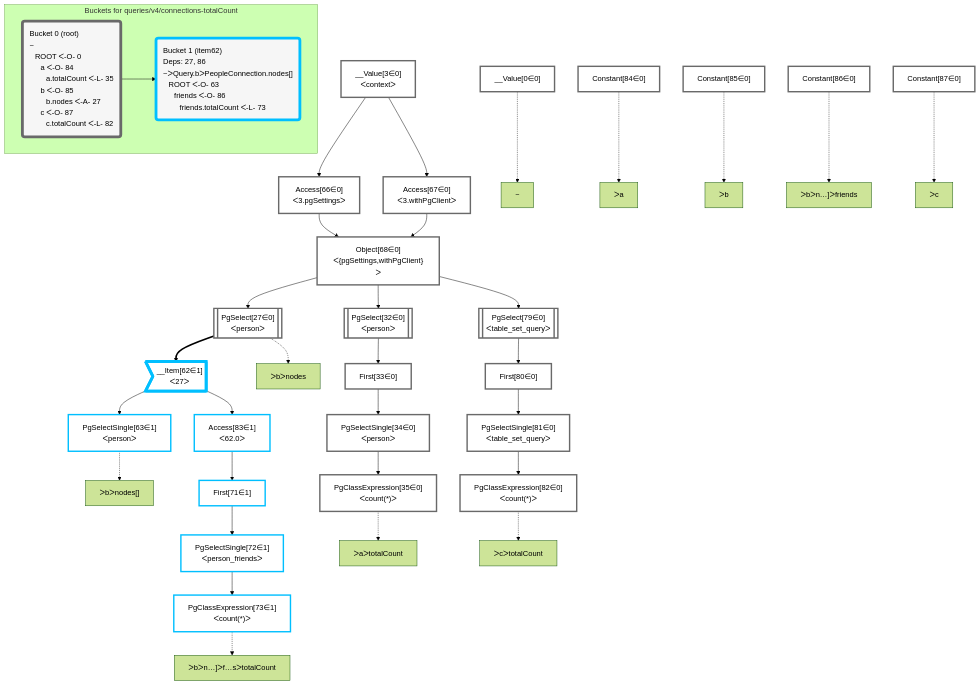
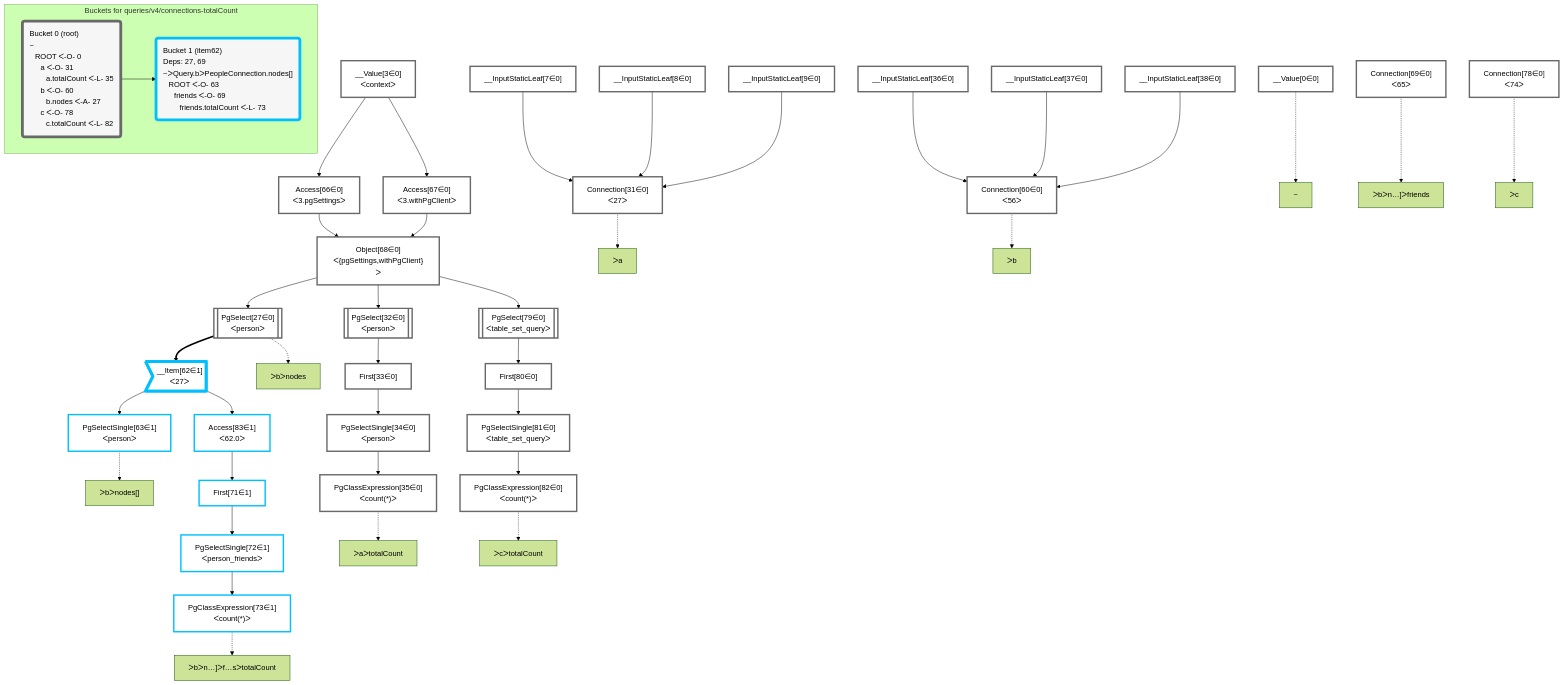
One commit to graphile/crystal changed the diagram in packages/postgraphile/__tests__/queries/v4/connections-totalCount.mermaid. Above: the diagram before and after it, drawn with Mermaid (forest theme). The commit also changed 2 other files, not shown here.

```diff
--- a/packages/postgraphile/__tests__/queries/v4/connections-totalCount.mermaid
+++ b/packages/postgraphile/__tests__/queries/v4/connections-totalCount.mermaid
@@ -1,85 +1,93 @@
 graph TD
     classDef path fill:#eee,stroke:#000,color:#000
     classDef plan fill:#fff,stroke-width:3px,color:#000
     classDef itemplan fill:#fff,stroke-width:6px,color:#000
     classDef sideeffectplan fill:#f00,stroke-width:6px,color:#000
     classDef bucket fill:#f6f6f6,color:#000,stroke-width:6px,text-align:left
 
 
     %% define plans
     __Value0["__Value[0∈0]"]:::plan
     __Value3["__Value[3∈0]<br />ᐸcontextᐳ"]:::plan
+    __InputStaticLeaf7["__InputStaticLeaf[7∈0]"]:::plan
+    __InputStaticLeaf8["__InputStaticLeaf[8∈0]"]:::plan
+    __InputStaticLeaf9["__InputStaticLeaf[9∈0]"]:::plan
     Access66["Access[66∈0]<br />ᐸ3.pgSettingsᐳ"]:::plan
     Access67["Access[67∈0]<br />ᐸ3.withPgClientᐳ"]:::plan
     Object68["Object[68∈0]<br />ᐸ{pgSettings,withPgClient}ᐳ"]:::plan
     PgSelect27[["PgSelect[27∈0]<br />ᐸpersonᐳ"]]:::plan
-    Constant84["Constant[84∈0]"]:::plan
+    Connection31["Connection[31∈0]<br />ᐸ27ᐳ"]:::plan
     PgSelect32[["PgSelect[32∈0]<br />ᐸpersonᐳ"]]:::plan
     First33["First[33∈0]"]:::plan
     PgSelectSingle34["PgSelectSingle[34∈0]<br />ᐸpersonᐳ"]:::plan
     PgClassExpression35["PgClassExpression[35∈0]<br />ᐸcount(*)ᐳ"]:::plan
-    Constant85["Constant[85∈0]"]:::plan
+    __InputStaticLeaf36["__InputStaticLeaf[36∈0]"]:::plan
+    __InputStaticLeaf37["__InputStaticLeaf[37∈0]"]:::plan
+    __InputStaticLeaf38["__InputStaticLeaf[38∈0]"]:::plan
+    Connection60["Connection[60∈0]<br />ᐸ56ᐳ"]:::plan
     __Item62>"__Item[62∈1]<br />ᐸ27ᐳ"]:::itemplan
     PgSelectSingle63["PgSelectSingle[63∈1]<br />ᐸpersonᐳ"]:::plan
-    Constant86["Constant[86∈0]"]:::plan
+    Connection69["Connection[69∈0]<br />ᐸ65ᐳ"]:::plan
     Access83["Access[83∈1]<br />ᐸ62.0ᐳ"]:::plan
     First71["First[71∈1]"]:::plan
     PgSelectSingle72["PgSelectSingle[72∈1]<br />ᐸperson_friendsᐳ"]:::plan
     PgClassExpression73["PgClassExpression[73∈1]<br />ᐸcount(*)ᐳ"]:::plan
-    Constant87["Constant[87∈0]"]:::plan
+    Connection78["Connection[78∈0]<br />ᐸ74ᐳ"]:::plan
     PgSelect79[["PgSelect[79∈0]<br />ᐸtable_set_queryᐳ"]]:::plan
     First80["First[80∈0]"]:::plan
     PgSelectSingle81["PgSelectSingle[81∈0]<br />ᐸtable_set_queryᐳ"]:::plan
     PgClassExpression82["PgClassExpression[82∈0]<br />ᐸcount(*)ᐳ"]:::plan
 
     %% plan dependencies
     __Value3 --> Access66
     __Value3 --> Access67
     Access66 & Access67 --> Object68
     Object68 --> PgSelect27
+    __InputStaticLeaf7 & __InputStaticLeaf8 & __InputStaticLeaf9 --> Connection31
     Object68 --> PgSelect32
     PgSelect32 --> First33
     First33 --> PgSelectSingle34
     PgSelectSingle34 --> PgClassExpression35
+    __InputStaticLeaf36 & __InputStaticLeaf37 & __InputStaticLeaf38 --> Connection60
     PgSelect27 ==> __Item62
     __Item62 --> PgSelectSingle63
     __Item62 --> Access83
     Access83 --> First71
     First71 --> PgSelectSingle72
     PgSelectSingle72 --> PgClassExpression73
     Object68 --> PgSelect79
     PgSelect79 --> First80
     First80 --> PgSelectSingle81
     PgSelectSingle81 --> PgClassExpression82
 
     %% plan-to-path relationships
     P0["~"]
     __Value0 -.-> P0
     P27["ᐳbᐳnodes"]
     PgSelect27 -.-> P27
+    P31["ᐳa"]
+    Connection31 -.-> P31
     P35["ᐳaᐳtotalCount"]
     PgClassExpression35 -.-> P35
+    P60["ᐳb"]
+    Connection60 -.-> P60
     P63["ᐳbᐳnodes[]"]
     PgSelectSingle63 -.-> P63
+    P69["ᐳbᐳn…]ᐳfriends"]
+    Connection69 -.-> P69
     P73["ᐳbᐳn…]ᐳf…sᐳtotalCount"]
     PgClassExpression73 -.-> P73
+    P78["ᐳc"]
+    Connection78 -.-> P78
     P82["ᐳcᐳtotalCount"]
     PgClassExpression82 -.-> P82
-    P84["ᐳa"]
-    Constant84 -.-> P84
-    P85["ᐳb"]
-    Constant85 -.-> P85
-    P86["ᐳbᐳn…]ᐳfriends"]
-    Constant86 -.-> P86
-    P87["ᐳc"]
-    Constant87 -.-> P87
 
     subgraph "Buckets for queries/v4/connections-totalCount"
-    Bucket0("Bucket 0 (root)<br />~<br />⠀ROOT ᐸ-O- 0<br />⠀⠀a ᐸ-O- 84<br />⠀⠀⠀a.totalCount ᐸ-L- 35<br />⠀⠀b ᐸ-O- 85<br />⠀⠀⠀b.nodes ᐸ-A- 27<br />⠀⠀c ᐸ-O- 87<br />⠀⠀⠀c.totalCount ᐸ-L- 82"):::bucket
+    Bucket0("Bucket 0 (root)<br />~<br />⠀ROOT ᐸ-O- 0<br />⠀⠀a ᐸ-O- 31<br />⠀⠀⠀a.totalCount ᐸ-L- 35<br />⠀⠀b ᐸ-O- 60<br />⠀⠀⠀b.nodes ᐸ-A- 27<br />⠀⠀c ᐸ-O- 78<br />⠀⠀⠀c.totalCount ᐸ-L- 82"):::bucket
     classDef bucket0 stroke:#696969
-    class Bucket0,__Value0,__Value3,PgSelect27,PgSelect32,First33,PgSelectSingle34,PgClassExpression35,Access66,Access67,Object68,PgSelect79,First80,PgSelectSingle81,PgClassExpression82,Constant84,Constant85,Constant86,Constant87 bucket0
-    Bucket1("Bucket 1 (item62)<br />Deps: 27, 86<br />~ᐳQuery.bᐳPeopleConnection.nodes[]<br />⠀ROOT ᐸ-O- 63<br />⠀⠀friends ᐸ-O- 86<br />⠀⠀⠀friends.totalCount ᐸ-L- 73"):::bucket
+    class Bucket0,__Value0,__Value3,__InputStaticLeaf7,__InputStaticLeaf8,__InputStaticLeaf9,PgSelect27,Connection31,PgSelect32,First33,PgSelectSingle34,PgClassExpression35,__InputStaticLeaf36,__InputStaticLeaf37,__InputStaticLeaf38,Connection60,Access66,Access67,Object68,Connection69,Connection78,PgSelect79,First80,PgSelectSingle81,PgClassExpression82 bucket0
+    Bucket1("Bucket 1 (item62)<br />Deps: 27, 69<br />~ᐳQuery.bᐳPeopleConnection.nodes[]<br />⠀ROOT ᐸ-O- 63<br />⠀⠀friends ᐸ-O- 69<br />⠀⠀⠀friends.totalCount ᐸ-L- 73"):::bucket
     classDef bucket1 stroke:#00bfff
     class Bucket1,__Item62,PgSelectSingle63,First71,PgSelectSingle72,PgClassExpression73,Access83 bucket1
     Bucket0 --> Bucket1
     end
```
